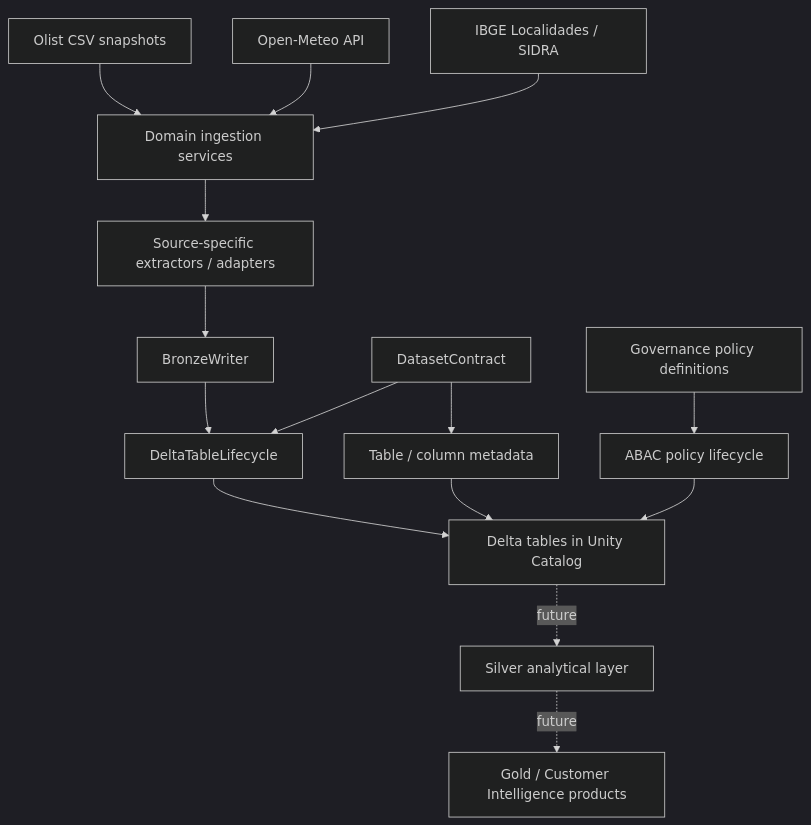
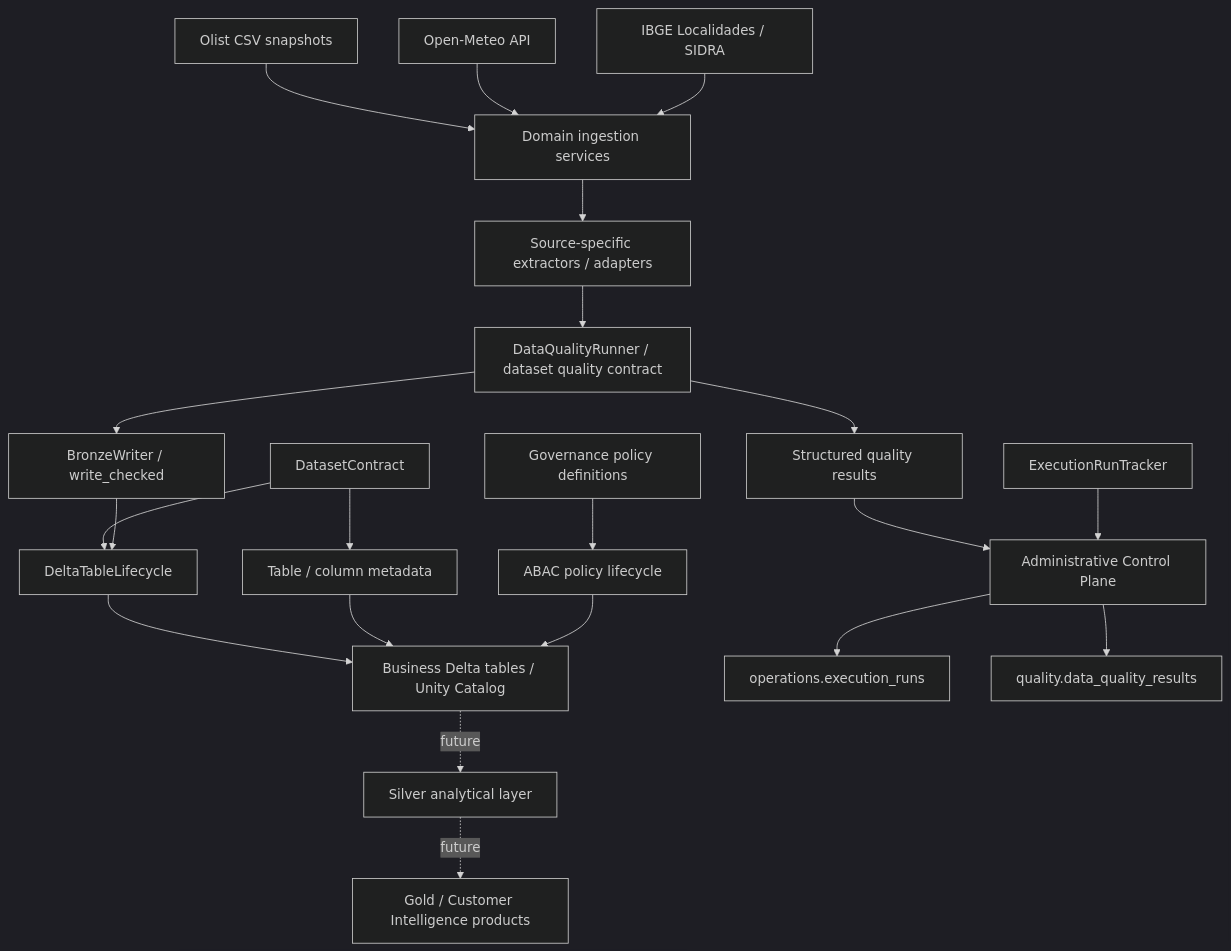
The first of 2 diagrams in docs/architecture.md (Forge-Keeper/olist-customer-intelligence), drawn with Mermaid (dark theme) before and after one commit. The commit also changed other lines of this file, not shown here.

Commit message:
docs: add data quality control plane architecture

````diff
--- a/docs/architecture.md
+++ b/docs/architecture.md
@@ -7,21 +7,28 @@
 ```mermaid
 flowchart TD
     O[Olist CSV snapshots] --> I[Domain ingestion services]
     W[Open-Meteo API] --> I
     B[IBGE Localidades / SIDRA] --> I
 
     I --> A[Source-specific extractors / adapters]
-    A --> BW[BronzeWriter]
+    A --> DQ[DataQualityRunner / dataset quality contract]
+    DQ --> QR[Structured quality results]
+    DQ --> BW[BronzeWriter / write_checked]
 
     DC[DatasetContract] --> DL[DeltaTableLifecycle]
     BW --> DL
-    DL --> UC[Delta tables in Unity Catalog]
+    DL --> UC[Business Delta tables / Unity Catalog]
+
+    QR --> CP[Administrative Control Plane]
+    ER[ExecutionRunTracker] --> CP
+    CP --> OPS[operations.execution_runs]
+    CP --> QH[quality.data_quality_results]
 
     DC --> GM[Table / column metadata]
     GM --> UC
     GP[Governance policy definitions] --> ABAC[ABAC policy lifecycle]
     ABAC --> UC
 
     UC -. future .-> S[Silver analytical layer]
     S -. future .-> G[Gold / Customer Intelligence products]
 ```
````
